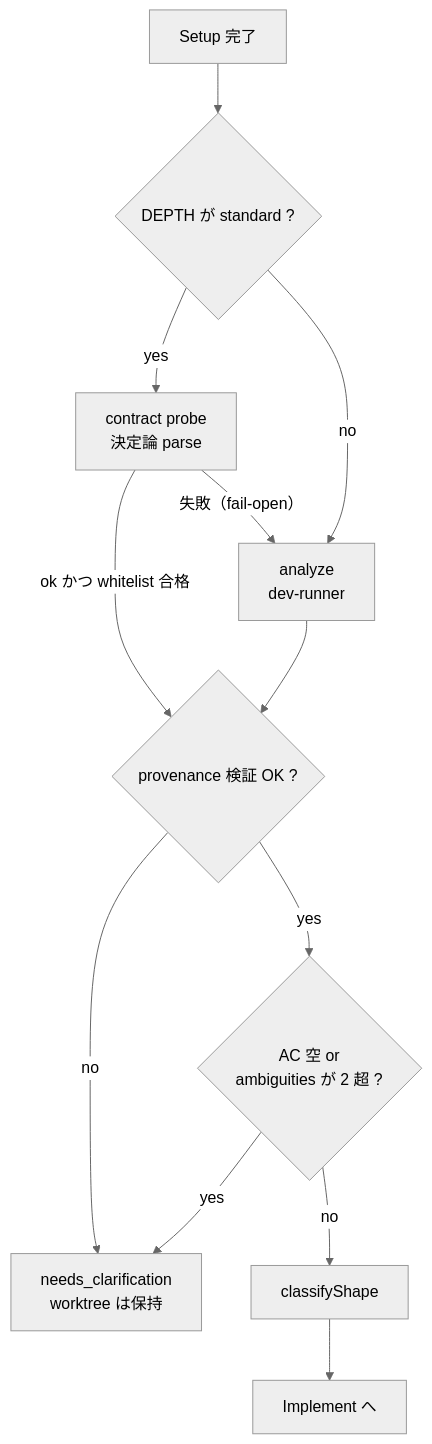
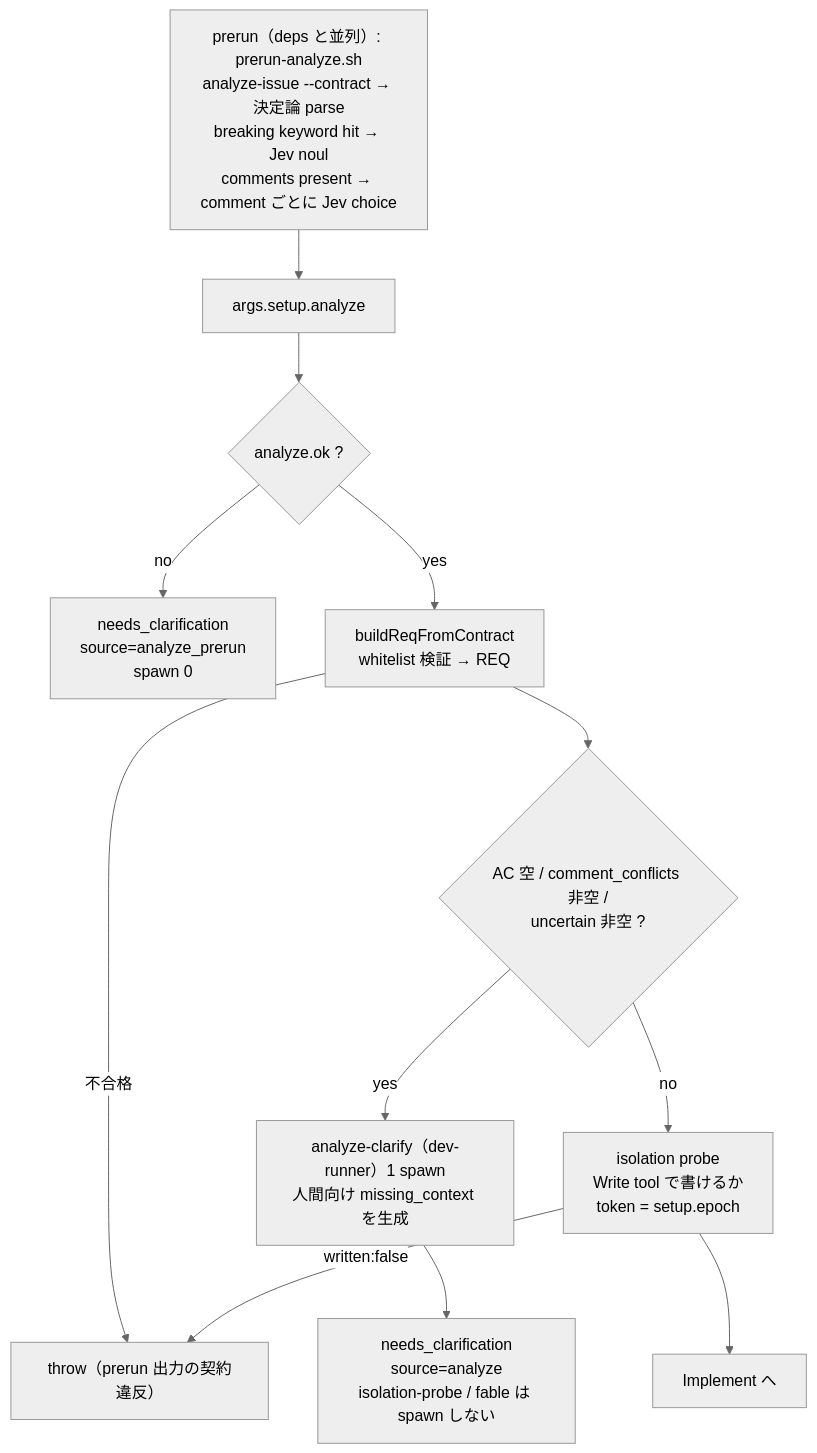
One commit to it-all-playpark/skills changed the third of 13 diagrams in docs/dev-flow-atlas.md. Above: the diagram before and after it, drawn with Mermaid (neutral theme). The commit also changed other lines of this file and 60 other files, not shown here.

Commit message:
refactor(dev-flow): Analyze を prerun の script 段（analyze-issue --contract + Jev 有界判定）へ移して deps install と並列化し、LLM 転写と捏造防止 probe 群（通常経路 spawn 2〜4 → 0）を撤去する (#690) (#692)

````diff
--- a/docs/dev-flow-atlas.md
+++ b/docs/dev-flow-atlas.md
@@ -91,14 +90,14 @@
 ```mermaid
 flowchart TD
-    IN["Setup 完了"] --> A0{"DEPTH が standard ?"}
-    A0 -->|yes| A1["contract probe<br/>決定論 parse"]
-    A0 -->|no| A2["analyze<br/>dev-runner"]
-    A1 -->|"ok かつ whitelist 合格"| A3
-    A1 -->|"失敗（fail-open）"| A2
-    A2 --> A3{"provenance 検証 OK ?"}
-    A3 -->|no| NC["needs_clarification<br/>worktree は保持"]
-    A3 -->|yes| A4{"AC 空 or<br/>ambiguities が 2 超 ?"}
-    A4 -->|yes| NC
-    A4 -->|no| A5["classifyShape"]
-    A5 --> OUT["Implement へ"]
+    PA["prerun（deps と並列）: prerun-analyze.sh<br/>analyze-issue --contract → 決定論 parse<br/>breaking keyword hit → Jev noul<br/>comments present → comment ごとに Jev choice"] --> IN["args.setup.analyze"]
+    IN --> A0{"analyze.ok ?"}
+    A0 -->|no| NC["needs_clarification<br/>source=analyze_prerun<br/>spawn 0"]
+    A0 -->|yes| A1["buildReqFromContract<br/>whitelist 検証 → REQ"]
+    A1 -->|"不合格"| AB["throw（prerun 出力の契約違反）"]
+    A1 --> A2{"AC 空 / comment_conflicts 非空 /<br/>uncertain 非空 ?"}
+    A2 -->|yes| A3["analyze-clarify（dev-runner）1 spawn<br/>人間向け missing_context を生成"]
+    A3 --> NC2["needs_clarification<br/>source=analyze<br/>isolation-probe / fable は spawn しない"]
+    A2 -->|no| A4["isolation probe<br/>Write tool で書けるか<br/>token = setup.epoch"]
+    A4 -->|"written:false"| AB
+    A4 --> OUT["Implement へ"]
 ```
````
